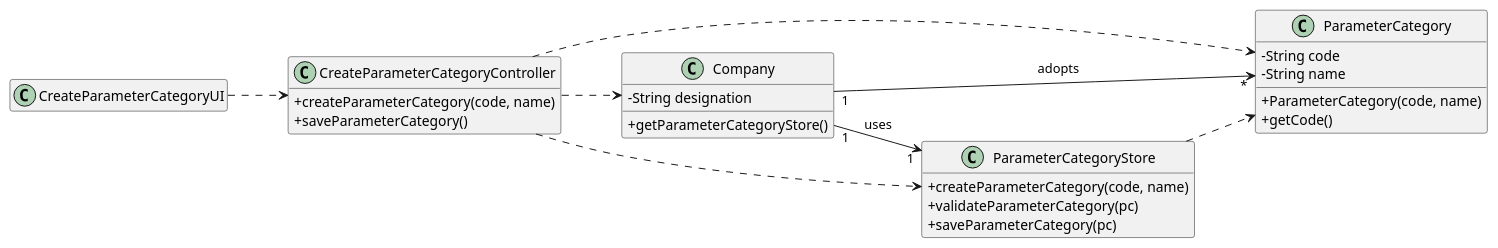
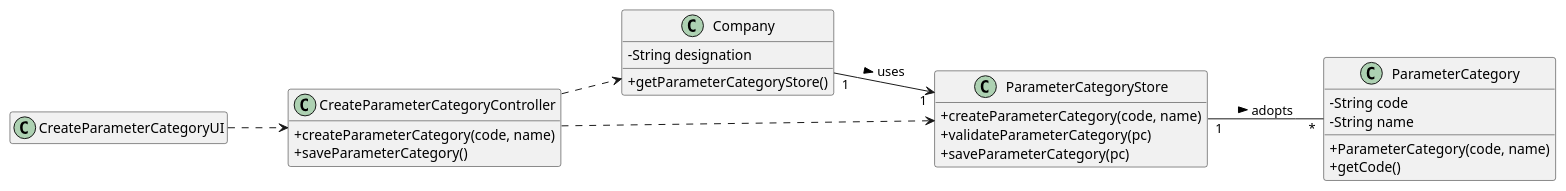
Before and after one commit to ana-albergaria/LAPR2-ISEP: the diagram in docs/SprintB/US_11/US11_CD.puml, drawn with PlantUML. The commit also changed 7 other files, not shown here.

```diff
--- a/docs/SprintB/US_11/US11_CD.puml
+++ b/docs/SprintB/US_11/US11_CD.puml
@@ -1,42 +1,40 @@
 @startuml
 hide empty methods
 hide empty attributes
 left to right direction
 skinparam classAttributeIconSize 0
 
 class Company {
   -String designation
   +getParameterCategoryStore()
 }
 
 class ParameterCategory {
    -String code
    -String name
    +ParameterCategory(code, name)
    +getCode()
 }
 
 class ParameterCategoryStore {
     +createParameterCategory(code, name)
     +validateParameterCategory(pc)
     +saveParameterCategory(pc)
 }
 
 class CreateParameterCategoryController {
   +createParameterCategory(code, name)
   +saveParameterCategory()
 }
 
 class CreateParameterCategoryUI {
 }
 
 CreateParameterCategoryUI ..> CreateParameterCategoryController
 CreateParameterCategoryController ..> Company
-CreateParameterCategoryController ..> ParameterCategory
 CreateParameterCategoryController ..> ParameterCategoryStore
-ParameterCategoryStore ..> ParameterCategory
-Company "1" --> "1" ParameterCategoryStore : uses
-Company "1" --> "*" ParameterCategory : adopts
+ParameterCategoryStore "1" -- "*" ParameterCategory : adopts >
+Company "1" --> "1" ParameterCategoryStore : uses >
 
 
 @enduml
```
